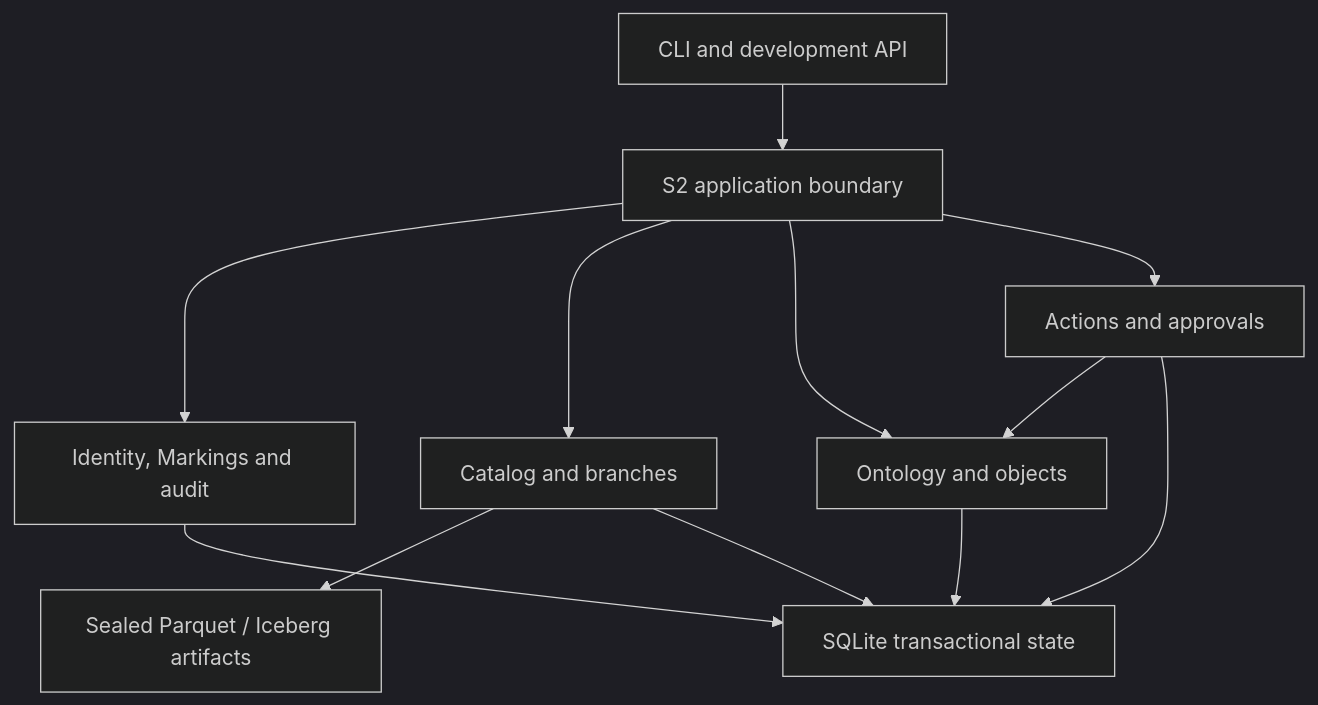
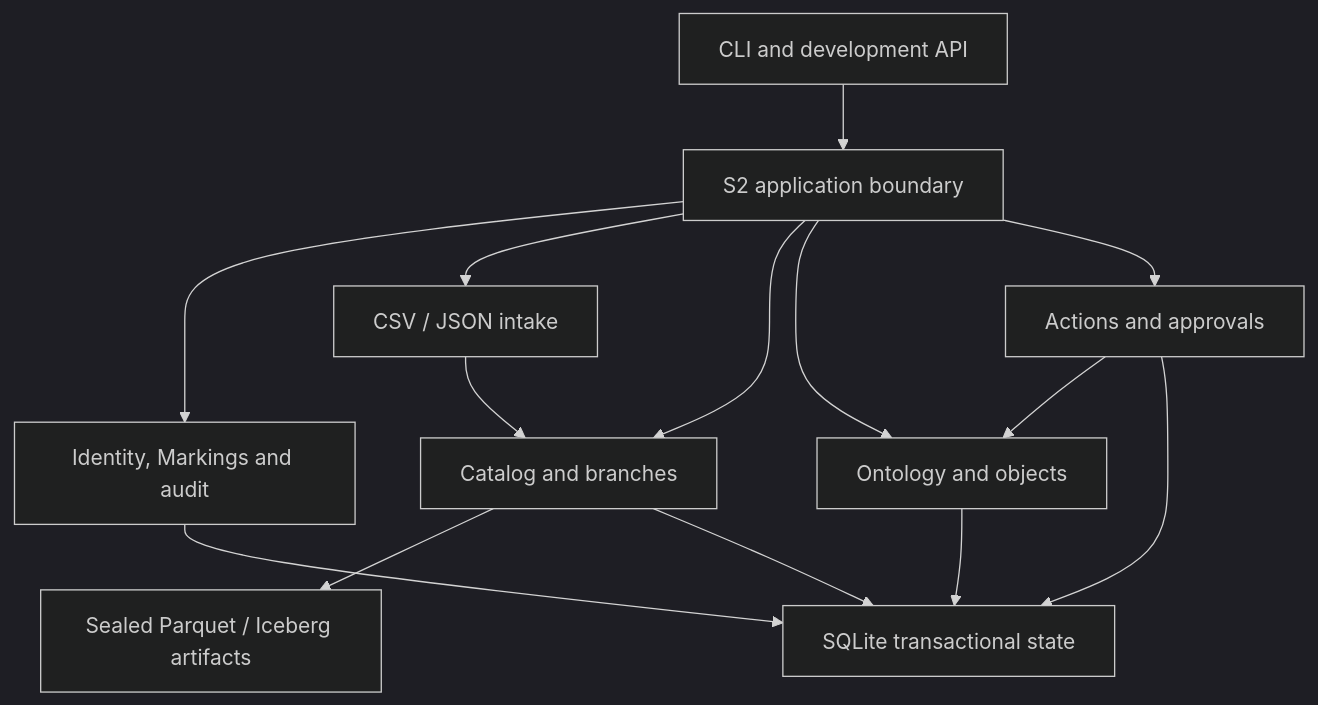
The diagram in README.md (veerendra-saraswathi/S.2a), drawn with Mermaid (dark theme) before and after one commit. The commit also changed other lines of this file and 19 other files, not shown here.

Commit message:
Add governed CSV and JSON file ingestion

````diff
--- a/README.md
+++ b/README.md
@@ -52,14 +52,16 @@
 ```mermaid
 flowchart TD
     Clients["CLI and development API"] --> Service["S2 application boundary"]
     Service --> Gov["Identity, Markings and audit"]
+    Service --> Intake["CSV / JSON intake"]
+    Intake --> Catalog
     Service --> Catalog["Catalog and branches"]
     Service --> Ontology["Ontology and objects"]
     Service --> Actions["Actions and approvals"]
     Actions --> Ontology
     Catalog --> Files["Sealed Parquet / Iceberg artifacts"]
     Catalog --> DB["SQLite transactional state"]
     Ontology --> DB
     Actions --> DB
     Gov --> DB
 ```
````
